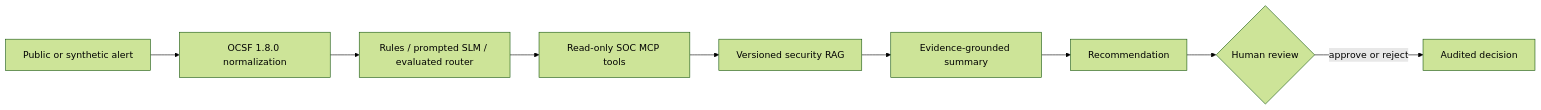
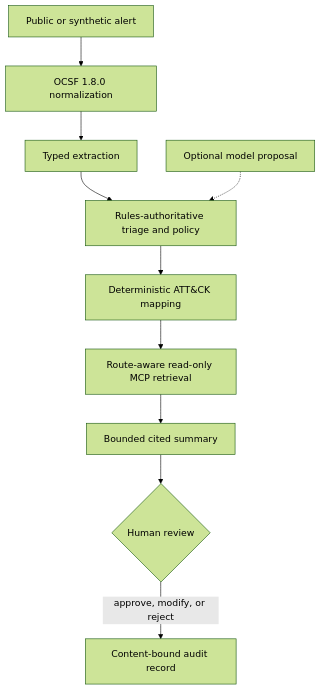
Before and after one commit to vishnupriyavr/ai-systems-lab: the diagram in projects/01-mcp-soc-copilot/README.md, drawn with Mermaid (forest theme). The commit also changed other lines of this file and 12 other files, not shown here.

````diff
--- a/projects/01-mcp-soc-copilot/README.md
+++ b/projects/01-mcp-soc-copilot/README.md
@@ -54,11 +65,12 @@
 ```mermaid
-flowchart LR
+flowchart TD
     A[Public or synthetic alert] --> B[OCSF 1.8.0 normalization]
-    B --> C[Rules / prompted SLM / evaluated router]
-    C --> D[Read-only SOC MCP tools]
-    D --> E[Versioned security RAG]
-    E --> F[Evidence-grounded summary]
-    F --> G[Recommendation]
-    G --> H{Human review}
-    H -->|approve or reject| I[Audited decision]
+    B --> C[Typed extraction]
+    C --> D[Rules-authoritative triage and policy]
+    E[Optional model proposal] -.-> D
+    D --> F[Deterministic ATT&CK mapping]
+    F --> G[Route-aware read-only MCP retrieval]
+    G --> H[Bounded cited summary]
+    H --> I{Human review}
+    I -->|approve, modify, or reject| J[Content-bound audit record]
 ```
````
